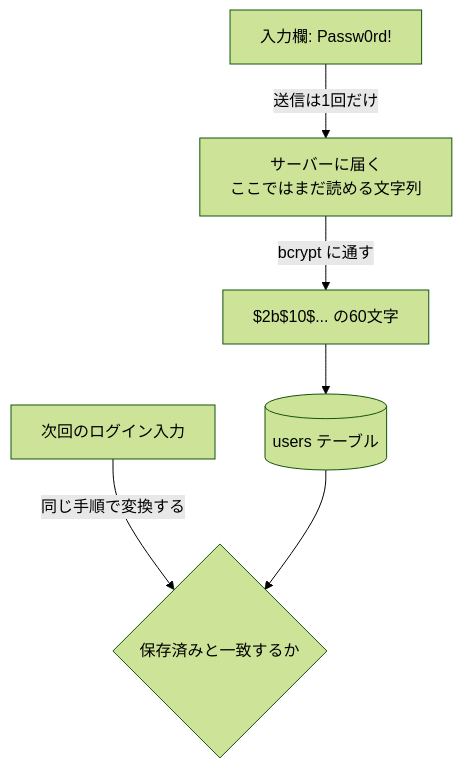
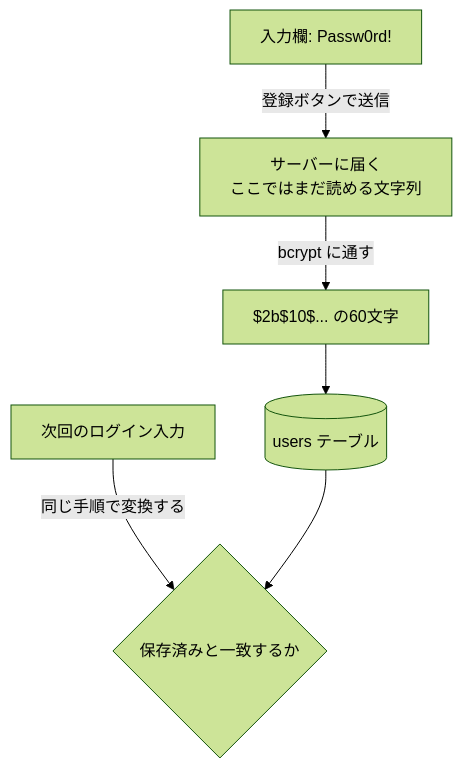
One commit to kouiso/task-app changed the second of 2 diagrams in material/30days-curriculum/day06_ユーザー登録画面.md. Above: the diagram before and after it, drawn with Mermaid (forest theme). The commit also changed other lines of this file and 250 other files, not shown here.

````diff
--- a/material/30days-curriculum/day06_ユーザー登録画面.md
+++ b/material/30days-curriculum/day06_ユーザー登録画面.md
@@ -591,8 +597,8 @@
 ```mermaid
 flowchart TB
-    IN["入力欄: Passw0rd!"] -->|"送信は1回だけ"| SRV["サーバーに届く<br/>ここではまだ読める文字列"]
+    IN["入力欄: Passw0rd!"] -->|"登録ボタンで送信"| SRV["サーバーに届く<br/>ここではまだ読める文字列"]
     SRV -->|"bcrypt に通す"| HASH["$2b$10$... の60文字"]
     HASH --> DB[("users テーブル")]
     LOGIN["次回のログイン入力"] -->|"同じ手順で変換する"| CMP{"保存済みと一致するか"}
     DB --> CMP
 ```
````
